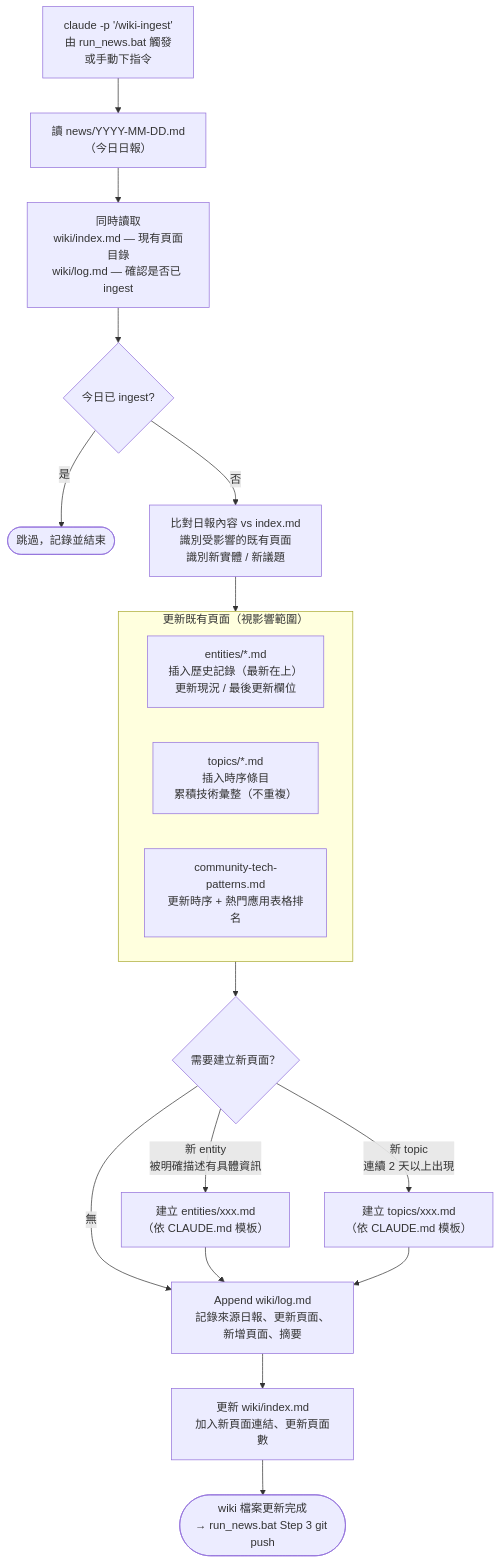
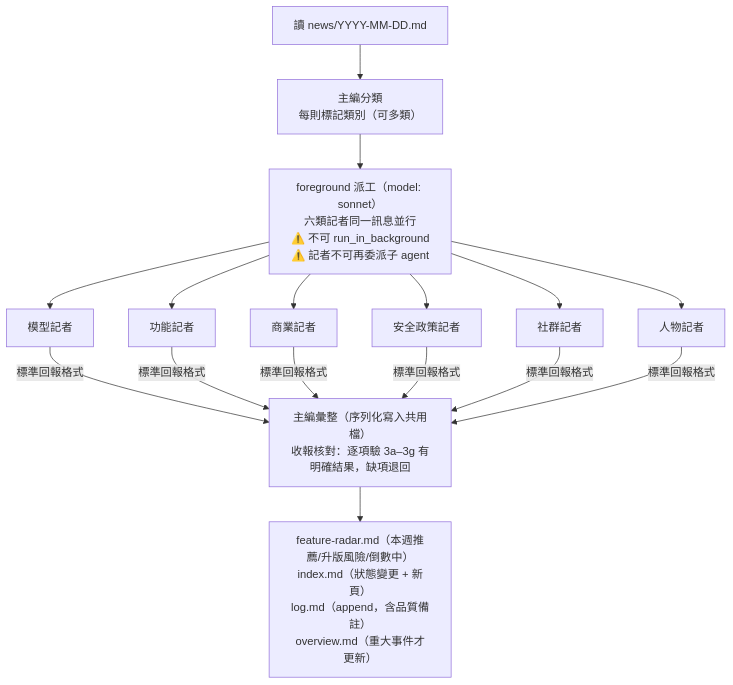
The third of 5 diagrams in src/DesignDocument/Design Diagram.md (mandy82477/claude-news), drawn with Mermaid before and after one commit. The commit also changed other lines of this file, not shown here.

Commit message:
docs: 重寫 Design Diagram 為現況操作架構（三段式 pipeline/10 來源/六記者/lint 九步）

````diff
--- a/src/DesignDocument/Design Diagram.md
+++ b/src/DesignDocument/Design Diagram.md
@@ -118,34 +93,22 @@
-``` mermaid
+```mermaid
 flowchart TD
-    TRIGGER["claude -p '/wiki-ingest'\n由 run_news.bat 觸發\n或手動下指令"] --> READ_NEWS
+    NEWS["讀 news/YYYY-MM-DD.md"] --> CLASSIFY
 
-    READ_NEWS["讀 news/YYYY-MM-DD.md\n（今日日報）"] --> READ_WIKI
+    CLASSIFY["主編分類\n每則標記類別（可多類）"] --> DISPATCH
 
-    READ_WIKI["同時讀取\nwiki/index.md — 現有頁面目錄\nwiki/log.md — 確認是否已 ingest"]
+    DISPATCH["foreground 派工（model: sonnet）\n六類記者同一訊息並行\n⚠️ 不可 run_in_background\n⚠️ 記者不可再委派子 agent"]
 
-    READ_WIKI --> CHECK{"今日已 ingest?"}
-    CHECK -->|是| SKIP(["跳過，記錄並結束"])
-    CHECK -->|否| MATCH
+    DISPATCH --> R1 & R2 & R3 & R4 & R5 & R6
 
-    MATCH["比對日報內容 vs index.md\n識別受影響的既有頁面\n識別新實體 / 新議題"]
+    R1["模型記者"]
+    R2["功能記者"]
+    R3["商業記者"]
+    R4["安全政策記者"]
+    R5["社群記者"]
+    R6["人物記者"]
 
-    MATCH --> UPDATE
+    R1 & R2 & R3 & R4 & R5 & R6 -->|標準回報格式| CONSOLIDATE
 
-    subgraph UPDATE["更新既有頁面（視影響範圍）"]
-        U1["entities/*.md\n插入歷史記錄（最新在上）\n更新現況 / 最後更新欄位"]
-        U2["topics/*.md\n插入時序條目\n累積技術彙整（不重複）"]
-        U3["community-tech-patterns.md\n更新時序 + 熱門應用表格排名"]
-    end
-
-    UPDATE --> NEW_PAGES{"需要建立新頁面？"}
-
-    NEW_PAGES -->|"新 entity\n被明確描述有具體資訊"| CREATE_E["建立 entities/xxx.md\n（依 CLAUDE.md 模板）"]
-    NEW_PAGES -->|"新 topic\n連續 2 天以上出現"| CREATE_T["建立 topics/xxx.md\n（依 CLAUDE.md 模板）"]
-    NEW_PAGES -->|無| APPEND
-
-    CREATE_E & CREATE_T --> APPEND
-
-    APPEND["Append wiki/log.md\n記錄來源日報、更新頁面、新增頁面、摘要"]
-    APPEND --> IDX["更新 wiki/index.md\n加入新頁面連結、更新頁面數"]
-    IDX --> DONE(["wiki 檔案更新完成\n→ run_news.bat Step 3 git push"])
+    CONSOLIDATE["主編彙整（序列化寫入共用檔）\n收報核對：逐項驗 3a–3g 有明確結果，缺項退回"]
+    CONSOLIDATE --> SHARED["feature-radar.md（本週推薦/升版風險/倒數中）\nindex.md（狀態變更 + 新頁）\nlog.md（append，含品質備註）\noverview.md（重大事件才更新）"]
 ```
````
